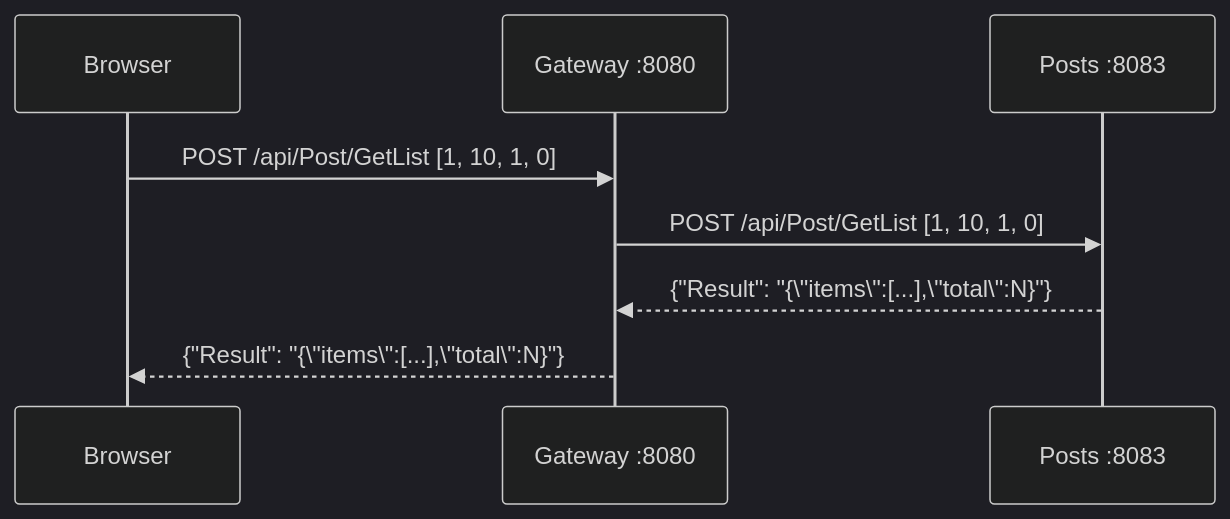
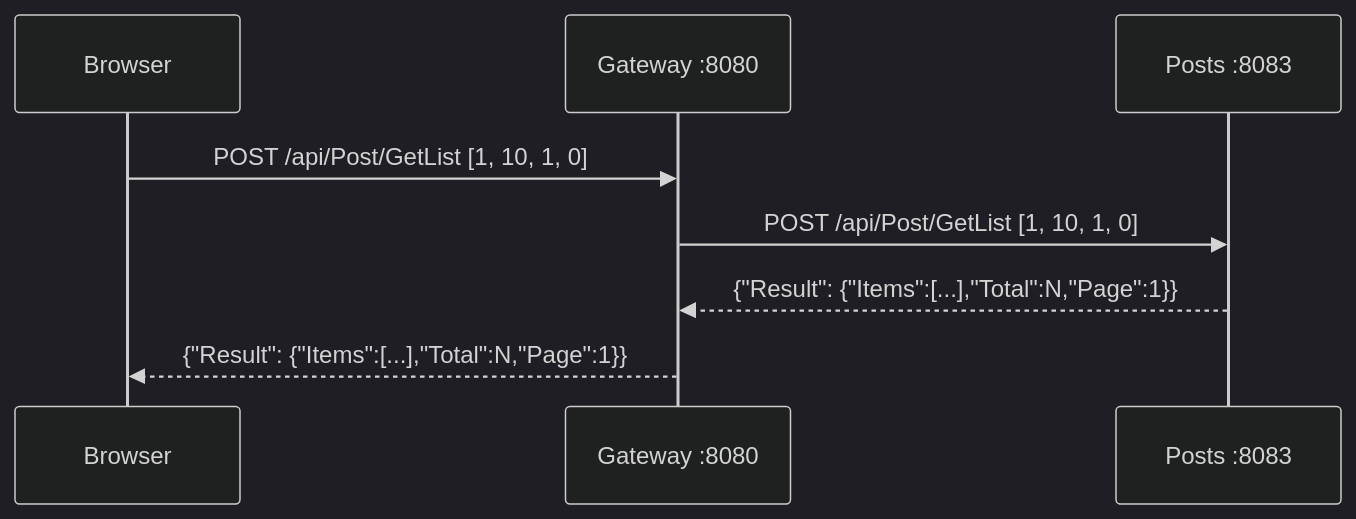
The second of 9 diagrams in architecture.md (sakura1977/mormot2-microservices-blog-sample), drawn with Mermaid (dark theme) before and after one commit. The commit also changed other lines of this file and 12 other files, not shown here.

````diff
--- a/architecture.md
+++ b/architecture.md
@@ -118,11 +122,11 @@
 ```mermaid
 sequenceDiagram
     participant B as Browser
     participant GW as Gateway :8080
     participant P as Posts :8083
 
     B->>GW: POST /api/Post/GetList [1, 10, 1, 0]
     GW->>P: POST /api/Post/GetList [1, 10, 1, 0]
-    P-->>GW: {"Result": "{\"items\":[...],\"total\":N}"}
-    GW-->>B: {"Result": "{\"items\":[...],\"total\":N}"}
+    P-->>GW: {"Result": {"Items":[...],"Total":N,"Page":1}}
+    GW-->>B: {"Result": {"Items":[...],"Total":N,"Page":1}}
 ```
````
